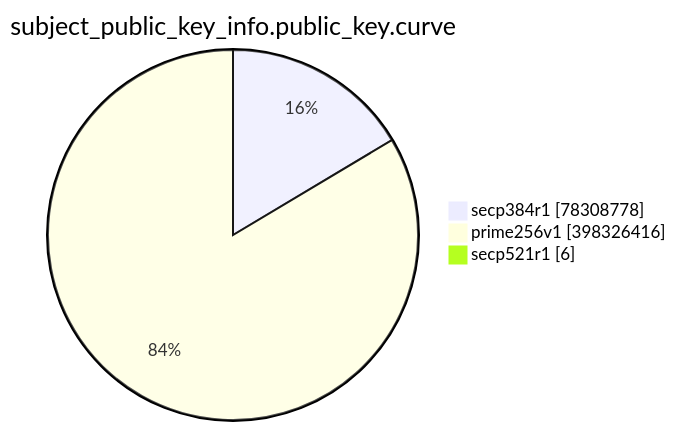
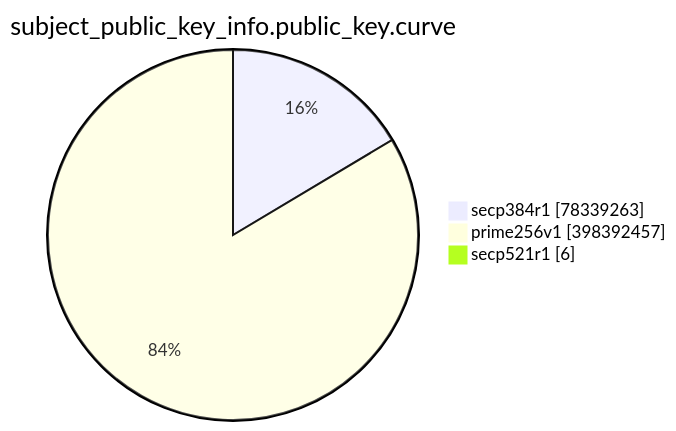
Before and after one commit to christiankrug/ctmonitor_visualization: the eighth of 15 diagrams in TOTAL/README.md, drawn with Mermaid. The commit also changed other lines of this file, not shown here.

````diff
--- a/TOTAL/README.md
+++ b/TOTAL/README.md
@@ -3095,7 +3095,7 @@
 ```mermaid
 pie showData
 title subject_public_key_info.public_key.curve
-"secp384r1" :78308778
-"prime256v1" :398326416
+"secp384r1" :78339263
+"prime256v1" :398392457
 "secp521r1" :6
 ```
````
